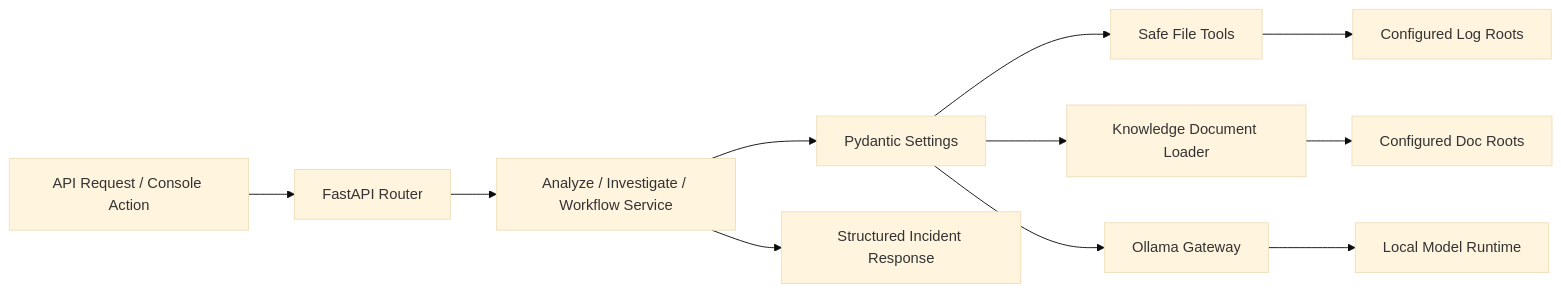
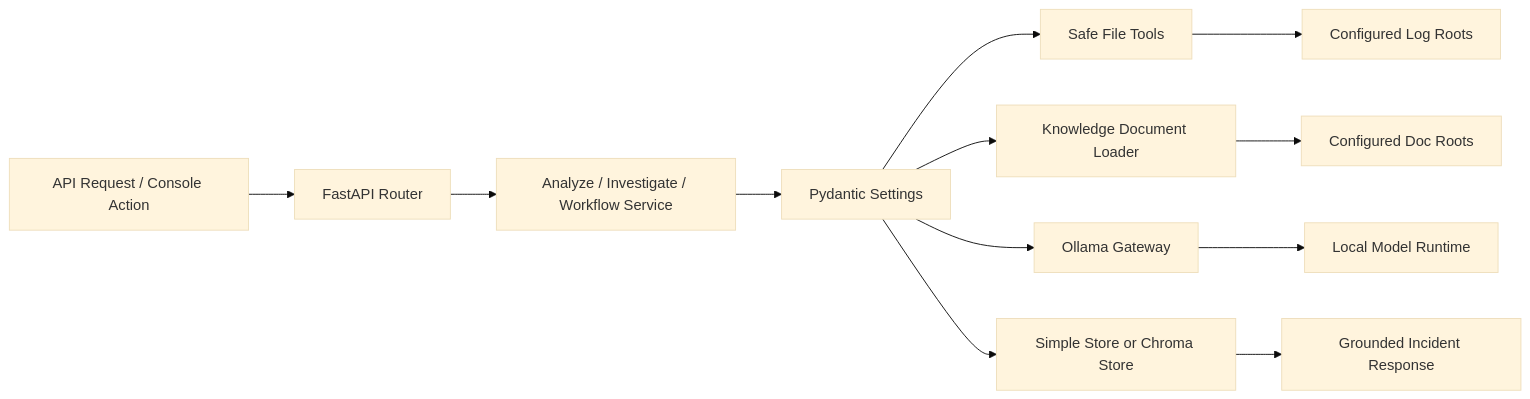
The fourth of 5 diagrams in README.md (saikumar1767/Sentinel-Ops), drawn with Mermaid (base theme) before and after one commit. The commit also changed other lines of this file and 39 other files, not shown here.

````diff
--- a/README.md
+++ b/README.md
@@ -210,13 +236,14 @@
 ```mermaid
 flowchart LR
     Request["API Request / Console Action"] --> Router["FastAPI Router"]
     Router --> Service["Analyze / Investigate / Workflow Service"]
     Service --> Settings["Pydantic Settings"]
     Settings --> FileTools["Safe File Tools"]
     Settings --> Loader["Knowledge Document Loader"]
     Settings --> Gateway["Ollama Gateway"]
+    Settings --> Store["Simple Store or Chroma Store"]
     FileTools --> Logs["Configured Log Roots"]
     Loader --> RepoDocs["Configured Doc Roots"]
     Gateway --> Model["Local Model Runtime"]
-    Service --> Response["Structured Incident Response"]
+    Store --> Response["Grounded Incident Response"]
 ```
````
